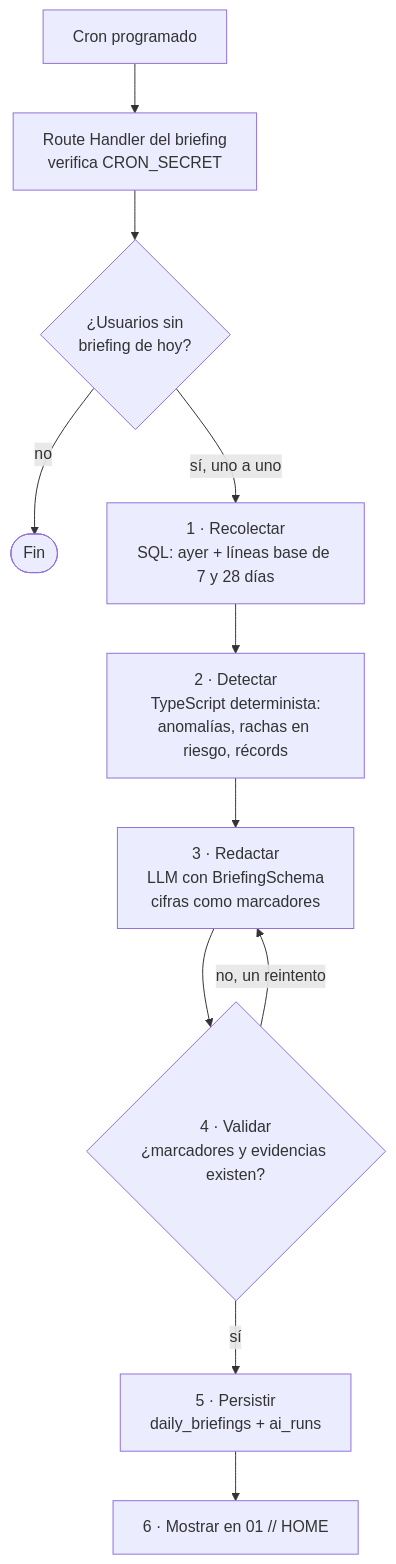
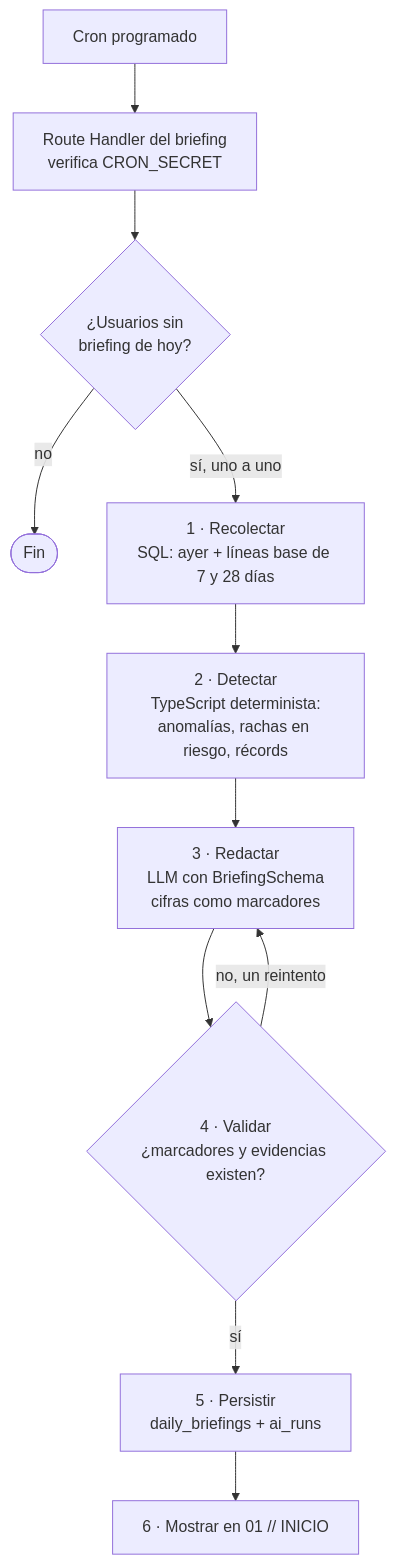
The fifth of 6 diagrams in docs/PROPOSAL.md (Adriiiii24/FOLIO), drawn with Mermaid before and after one commit. The commit also changed other lines of this file and 7 other files, not shown here.

````diff
--- a/docs/PROPOSAL.md
+++ b/docs/PROPOSAL.md
@@ -361,13 +361,13 @@
 ```mermaid
 flowchart TD
     C["Cron programado"] --> H["Route Handler del briefing<br/>verifica CRON_SECRET"]
     H --> Q{"¿Usuarios sin<br/>briefing de hoy?"}
     Q -->|"no"| FIN(["Fin"])
     Q -->|"sí, uno a uno"| S1["1 · Recolectar<br/>SQL: ayer + líneas base de 7 y 28 días"]
     S1 --> S2["2 · Detectar<br/>TypeScript determinista:<br/>anomalías, rachas en riesgo, récords"]
     S2 --> S3["3 · Redactar<br/>LLM con BriefingSchema<br/>cifras como marcadores"]
     S3 --> S4{"4 · Validar<br/>¿marcadores y evidencias existen?"}
     S4 -->|"no, un reintento"| S3
     S4 -->|"sí"| S5["5 · Persistir<br/>daily_briefings + ai_runs"]
-    S5 --> S6["6 · Mostrar en 01 // HOME"]
+    S5 --> S6["6 · Mostrar en 01 // INICIO"]
 ```
````
